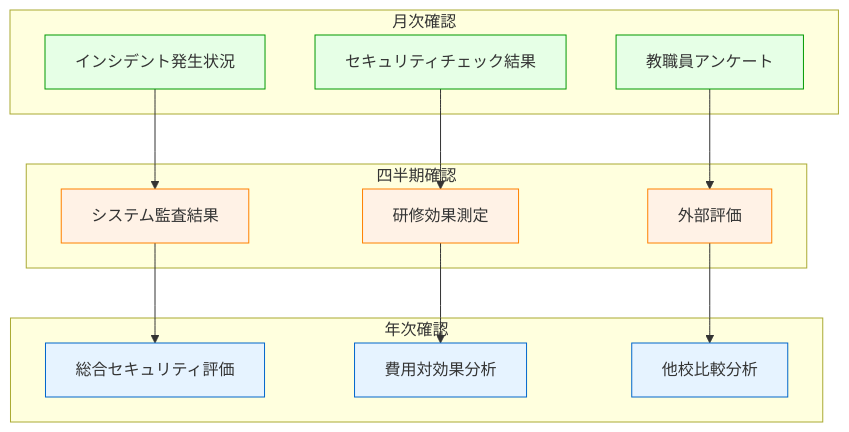
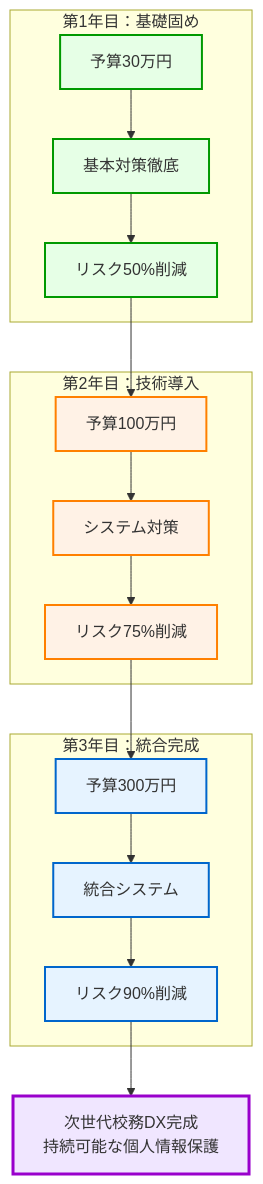
Before and after one commit to nahisaho/zenn-writing-collection: the sixth of 6 diagrams in books/d87165478af519/chapter11.md, drawn with Mermaid. The commit also changed other lines of this file and 17 other files, not shown here.

````diff
--- a/books/d87165478af519/chapter11.md
+++ b/books/d87165478af519/chapter11.md
@@ -850,35 +447,38 @@
 ```mermaid
-graph TB
-    subgraph 月次確認
-        M1[インシデント発生状況]
-        M2[セキュリティチェック結果]
-        M3[教職員アンケート]
+graph TD
+    subgraph Year1[第1年目：基礎固め]
+        Y1A[予算30万円]
+        Y1B[基本対策徹底]
+        Y1C[リスク50%削減]
+        Y1A --> Y1B --> Y1C
     end
     
-    subgraph 四半期確認
-        Q1[システム監査結果]
-        Q2[研修効果測定]
-        Q3[外部評価]
+    subgraph Year2[第2年目：技術導入]
+        Y2A[予算100万円]
+        Y2B[システム対策]
+        Y2C[リスク75%削減]
+        Y2A --> Y2B --> Y2C
     end
     
-    subgraph 年次確認
-        Y1[総合セキュリティ評価]
-        Y2[費用対効果分析]
-        Y3[他校比較分析]
+    subgraph Year3[第3年目：統合完成]
+        Y3A[予算300万円]
+        Y3B[統合システム]
+        Y3C[リスク90%削減]
+        Y3A --> Y3B --> Y3C
     end
     
-    M1 --> Q1
-    M2 --> Q2  
-    M3 --> Q3
-    Q1 --> Y1
-    Q2 --> Y2
-    Q3 --> Y3
+    Y1C --> Y2A
+    Y2C --> Y3A
     
-    classDef monthly fill:#e6ffe6,stroke:#009900,stroke-width:1px
-    classDef quarterly fill:#fff2e6,stroke:#ff8000,stroke-width:1px
-    classDef yearly fill:#e6f3ff,stroke:#0066cc,stroke-width:1px
+    Y3C --> Result[次世代校務DX完成<br/>持続可能な個人情報保護]
     
-    class M1,M2,M3 monthly
-    class Q1,Q2,Q3 quarterly
-    class Y1,Y2,Y3 yearly
+    classDef year1 fill:#e6ffe6,stroke:#009900,stroke-width:2px
+    classDef year2 fill:#fff2e6,stroke:#ff8000,stroke-width:2px
+    classDef year3 fill:#e6f3ff,stroke:#0066cc,stroke-width:2px
+    classDef result fill:#f0e6ff,stroke:#9900cc,stroke-width:3px
+    
+    class Y1A,Y1B,Y1C year1
+    class Y2A,Y2B,Y2C year2
+    class Y3A,Y3B,Y3C year3
+    class Result result
 ```
````
